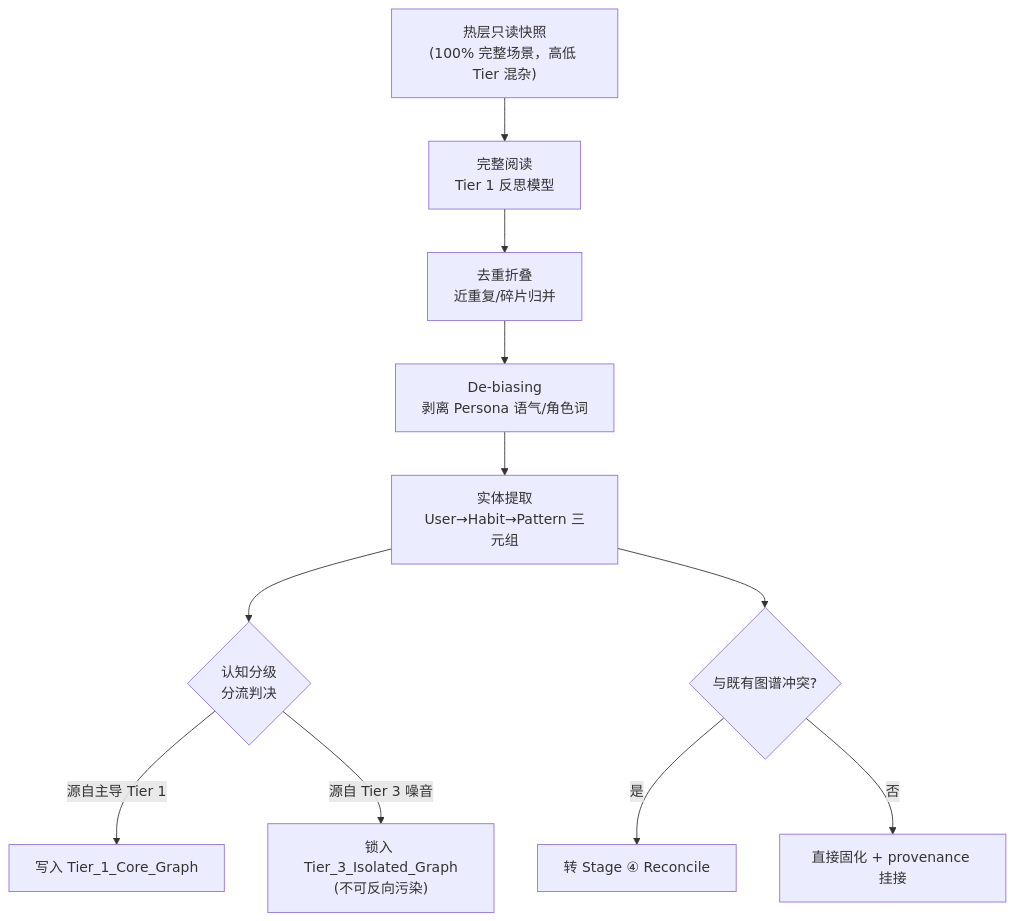
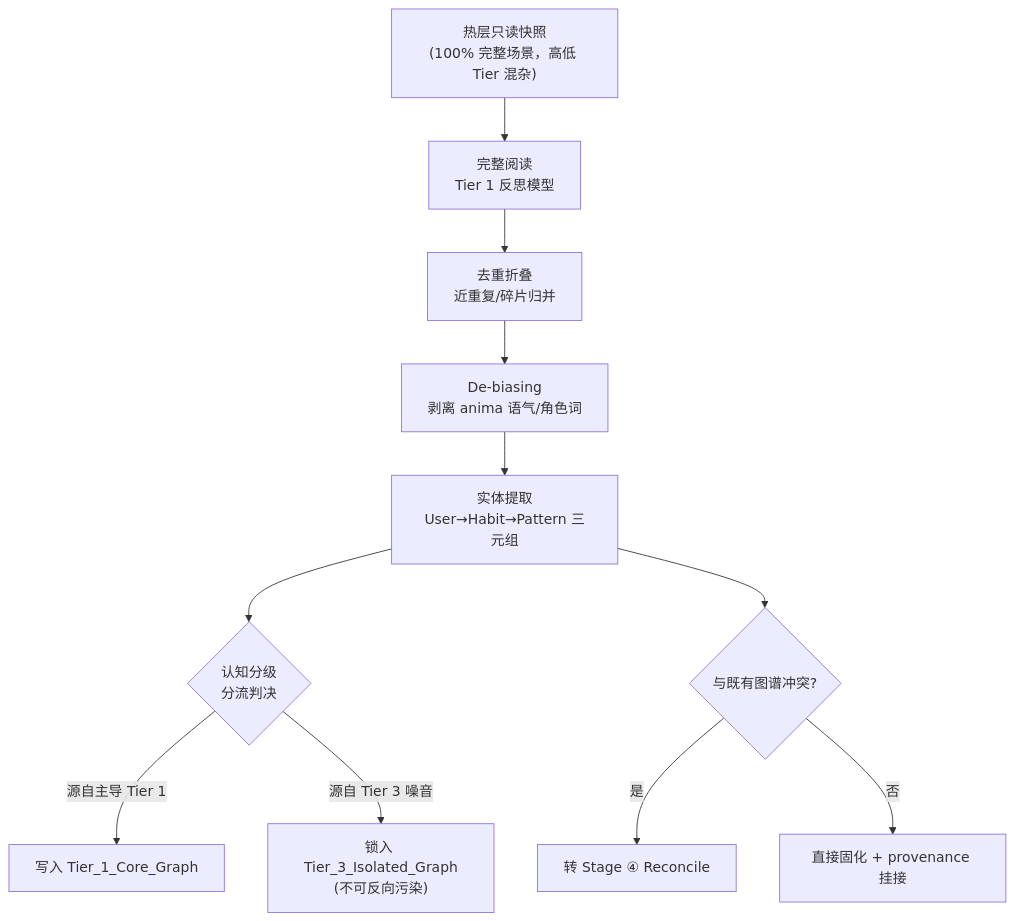
Before and after one commit to MnemoSeed/mnemoseed: the third of 7 diagrams in docs/design/01-记忆管线五阶段.md, drawn with Mermaid. The commit also changed other lines of this file and 12 other files, not shown here.

````diff
--- a/docs/design/01-记忆管线五阶段.md
+++ b/docs/design/01-记忆管线五阶段.md
@@ -162,13 +168,13 @@
 ```mermaid
 flowchart TB
     Snap["热层只读快照<br/>(100% 完整场景，高低 Tier 混杂)"] --> Read["完整阅读<br/>Tier 1 反思模型"]
     Read --> Dedup["去重折叠<br/>近重复/碎片归并"]
-    Dedup --> Debias["De-biasing<br/>剥离 Persona 语气/角色词"]
+    Dedup --> Debias["De-biasing<br/>剥离 anima 语气/角色词"]
     Debias --> Extract["实体提取<br/>User→Habit→Pattern 三元组"]
     Extract --> Split{"认知分级<br/>分流判决"}
     Split -->|"源自主导 Tier 1"| T1W["写入 Tier_1_Core_Graph"]
     Split -->|"源自 Tier 3 噪音"| T3W["锁入 Tier_3_Isolated_Graph<br/>(不可反向污染)"]
     Extract --> Conflict{"与既有图谱冲突?"}
     Conflict -->|"是"| S4["转 Stage ④ Reconcile"]
     Conflict -->|"否"| Commit["直接固化 + provenance 挂接"]
 ```
````
